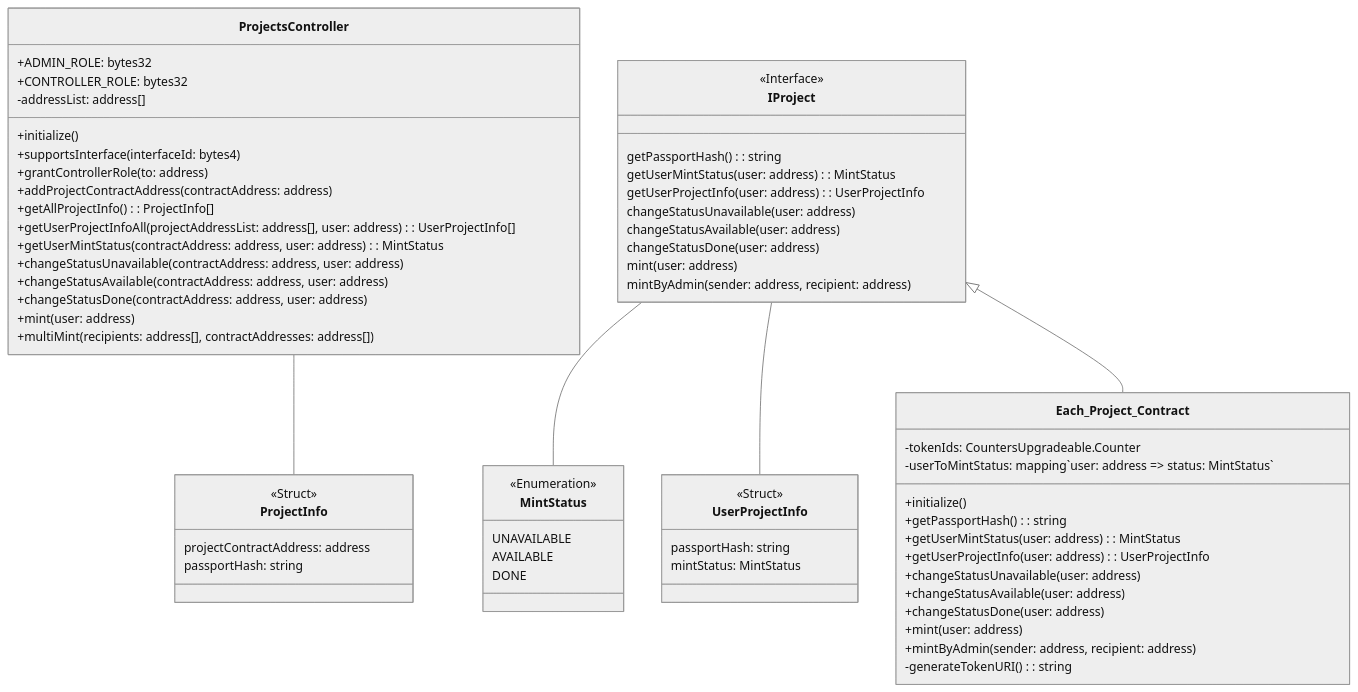
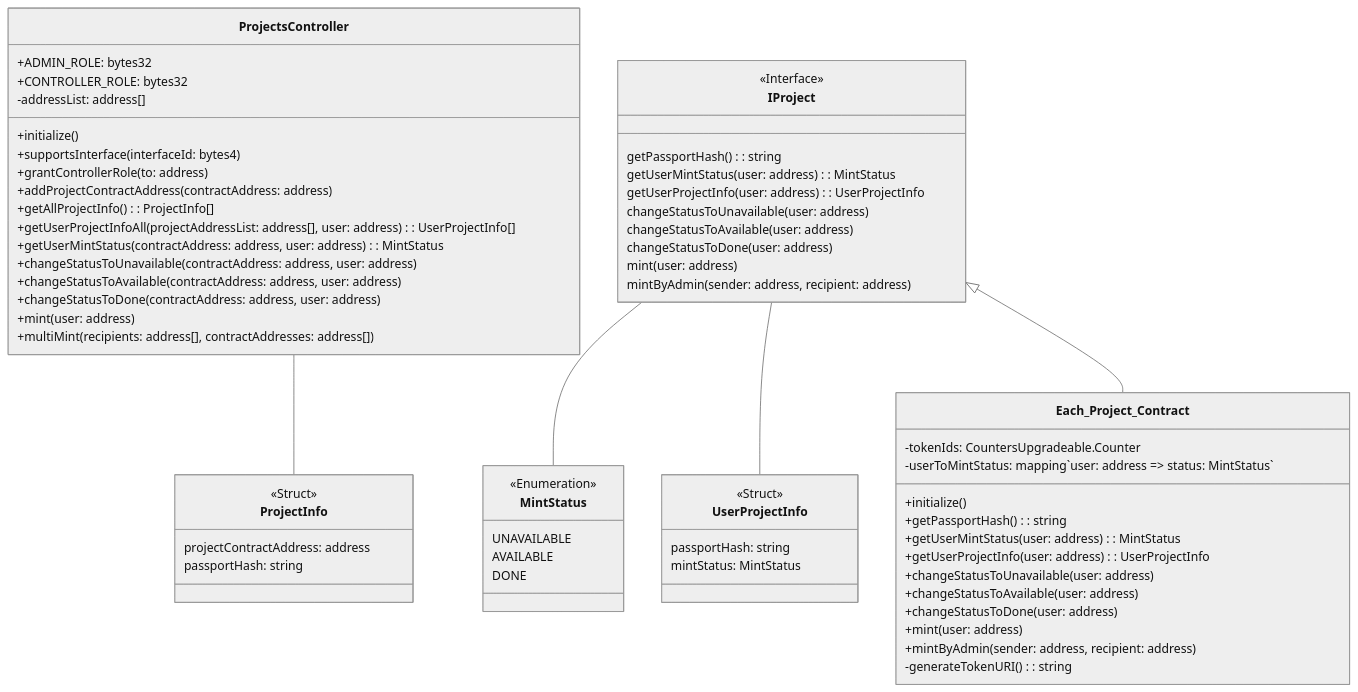
The third of 3 diagrams in docs/NFT-distribution-diagram.md (unchain-tech/passport-nfts), drawn with Mermaid (neutral theme) before and after one commit. The commit also changed other lines of this file and 52 other files, not shown here.

````diff
--- a/docs/NFT-distribution-diagram.md
+++ b/docs/NFT-distribution-diagram.md
@@ -50,71 +52,71 @@
 ```mermaid
 classDiagram
     ProjectsController -- ProjectInfo
     IProject -- MintStatus
     IProject -- UserProjectInfo
     IProject <|-- Each_Project_Contract
 
     class ProjectsController {
         +ADMIN_ROLE: bytes32
         +CONTROLLER_ROLE: bytes32
         -addressList: address[]
         +initialize()
         +supportsInterface(interfaceId: bytes4)
         +grantControllerRole(to: address)
         +addProjectContractAddress(contractAddress: address)
         +getAllProjectInfo(): ProjectInfo[]
         +getUserProjectInfoAll(projectAddressList: address[], user: address): UserProjectInfo[]
         +getUserMintStatus(contractAddress: address, user: address): MintStatus
-        +changeStatusUnavailable(contractAddress: address, user: address)
-        +changeStatusAvailable(contractAddress: address, user: address)
-        +changeStatusDone(contractAddress: address, user: address)
+        +changeStatusToUnavailable(contractAddress: address, user: address)
+        +changeStatusToAvailable(contractAddress: address, user: address)
+        +changeStatusToDone(contractAddress: address, user: address)
         +mint(user: address)
         +multiMint(recipients: address[], contractAddresses: address[])
     }
 
     class ProjectInfo {
         <<Struct>>
         projectContractAddress: address
         passportHash: string
     }
 
     class IProject {
         <<Interface>>
         getPassportHash(): string
         getUserMintStatus(user: address): MintStatus
         getUserProjectInfo(user: address): UserProjectInfo
-        changeStatusUnavailable(user: address)
-        changeStatusAvailable(user: address)
-        changeStatusDone(user: address)
+        changeStatusToUnavailable(user: address)
+        changeStatusToAvailable(user: address)
+        changeStatusToDone(user: address)
         mint(user: address)
         mintByAdmin(sender: address, recipient: address)
     }
 
     class MintStatus {
         <<Enumeration>>
         UNAVAILABLE
         AVAILABLE
         DONE
     }
 
     class UserProjectInfo {
         <<Struct>>
         passportHash: string
         mintStatus: MintStatus
     }
 
     class Each_Project_Contract {
         -tokenIds: CountersUpgradeable.Counter
         -userToMintStatus: mapping`user: address => status: MintStatus`
         +initialize()
         +getPassportHash(): string
         +getUserMintStatus(user: address): MintStatus
         +getUserProjectInfo(user: address): UserProjectInfo
-        +changeStatusUnavailable(user: address)
-        +changeStatusAvailable(user: address)
-        +changeStatusDone(user: address)
+        +changeStatusToUnavailable(user: address)
+        +changeStatusToAvailable(user: address)
+        +changeStatusToDone(user: address)
         +mint(user: address)
         +mintByAdmin(sender: address, recipient: address)
         -generateTokenURI(): string
     }
 ```
````
